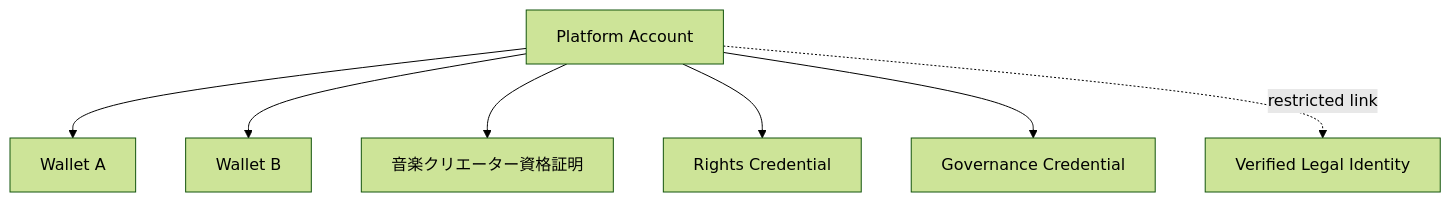
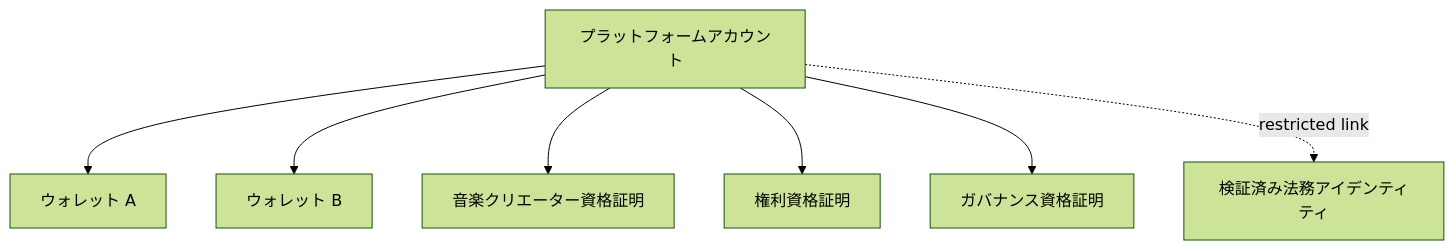
Before and after one commit to ShigeichiroYamasaki/creator-first-platform: the first of 4 diagrams in docs/adr/ADR-0008-account-wallet-identity-strategy.md, drawn with Mermaid (forest theme). The commit also changed other lines of this file and 72 other files, not shown here.

````diff
--- a/docs/adr/ADR-0008-account-wallet-identity-strategy.md
+++ b/docs/adr/ADR-0008-account-wallet-identity-strategy.md
@@ -73,17 +73,17 @@
 ```mermaid
 flowchart TD
-    ACCOUNT[Platform Account]
-    WALLET1[Wallet A]
-    WALLET2[Wallet B]
+    ACCOUNT[プラットフォームアカウント]
+    WALLET1[ウォレット A]
+    WALLET2[ウォレット B]
     CREATOR[音楽クリエーター資格証明]
-    RIGHTS[Rights Credential]
-    GOV[Governance Credential]
-    LEGAL[Verified Legal Identity]
+    RIGHTS[権利資格証明]
+    GOV[ガバナンス資格証明]
+    LEGAL[検証済み法務アイデンティティ]
 
     ACCOUNT --> WALLET1
     ACCOUNT --> WALLET2
     ACCOUNT --> CREATOR
     ACCOUNT --> RIGHTS
     ACCOUNT --> GOV
     ACCOUNT -. restricted link .-> LEGAL
 ```
````
